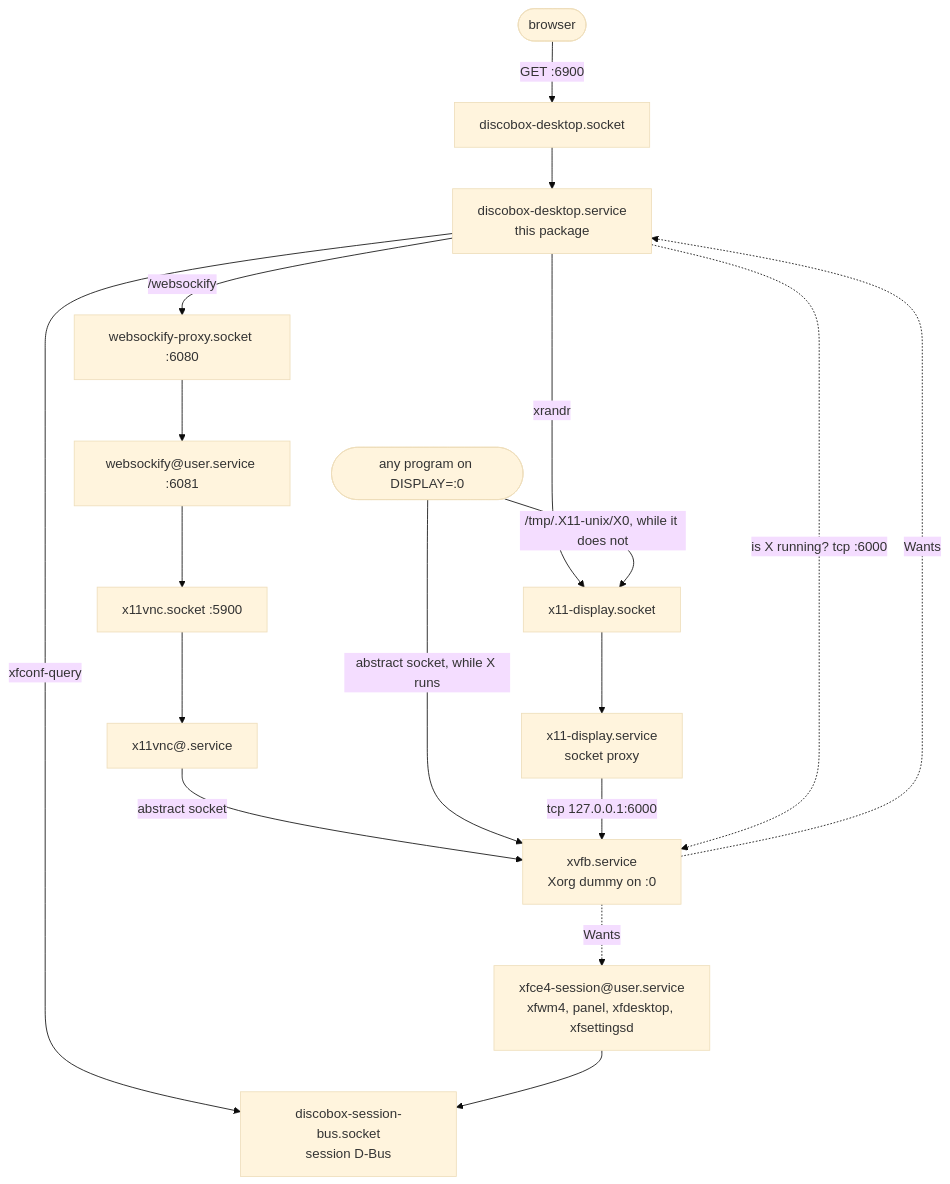
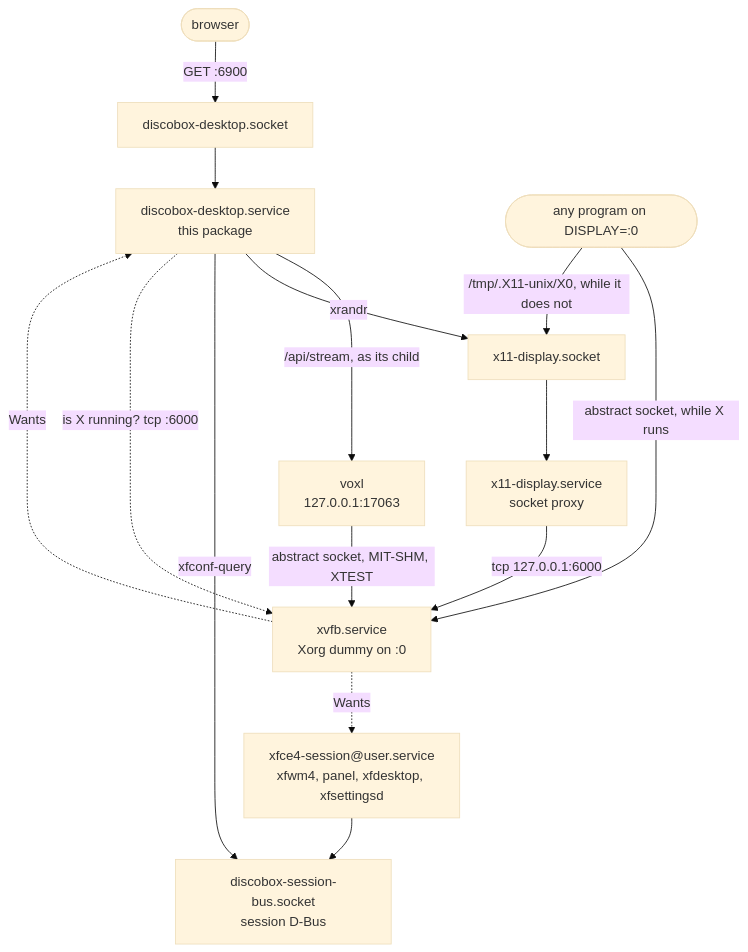
Before and after one commit to discobox-ai/discobox: the diagram in sandbox-agent/desktop/DESIGN.md, drawn with Mermaid (base theme). The commit also changed other lines of this file and 45 other files, not shown here.

First line of the commit message:
feat(desktop): stream the desktop through voxl at two times density, and retire VNC

````diff
--- a/sandbox-agent/desktop/DESIGN.md
+++ b/sandbox-agent/desktop/DESIGN.md
@@ -16,20 +18,17 @@
 ```mermaid
 flowchart TD
     browser(["browser"]) -->|"GET :6900"| dsock["discobox-desktop.socket"]
     dsock --> dsvc["discobox-desktop.service<br/>this package"]
-    dsvc -->|"/websockify"| wsock["websockify-proxy.socket :6080"]
-    wsock --> wsvc["websockify@user.service :6081"]
-    wsvc --> vsock["x11vnc.socket :5900"]
-    vsock --> vnc["x11vnc@.service"]
+    dsvc -->|"/api/stream, as its child"| voxl["voxl<br/>127.0.0.1:17063"]
     dsvc -->|"xrandr"| xsock
     dsvc -->|"xfconf-query"| bus["discobox-session-bus.socket<br/>session D-Bus"]
-    vnc -->|"abstract socket"| xorg["xvfb.service<br/>Xorg dummy on :0"]
+    voxl -->|"abstract socket, MIT-SHM, XTEST"| xorg["xvfb.service<br/>Xorg dummy on :0"]
     app(["any program on DISPLAY=:0"]) -->|"abstract socket, while X runs"| xorg
     app -->|"/tmp/.X11-unix/X0, while it does not"| xsock["x11-display.socket"]
     xsock --> xproxy["x11-display.service<br/>socket proxy"]
     xproxy -->|"tcp 127.0.0.1:6000"| xorg
     dsvc -.->|"is X running? tcp :6000"| xorg
     xorg -.->|"Wants"| dsvc
     xorg -.->|"Wants"| xfce["xfce4-session@user.service<br/>xfwm4, panel, xfdesktop, xfsettingsd"]
     xfce --> bus
 ```
````
